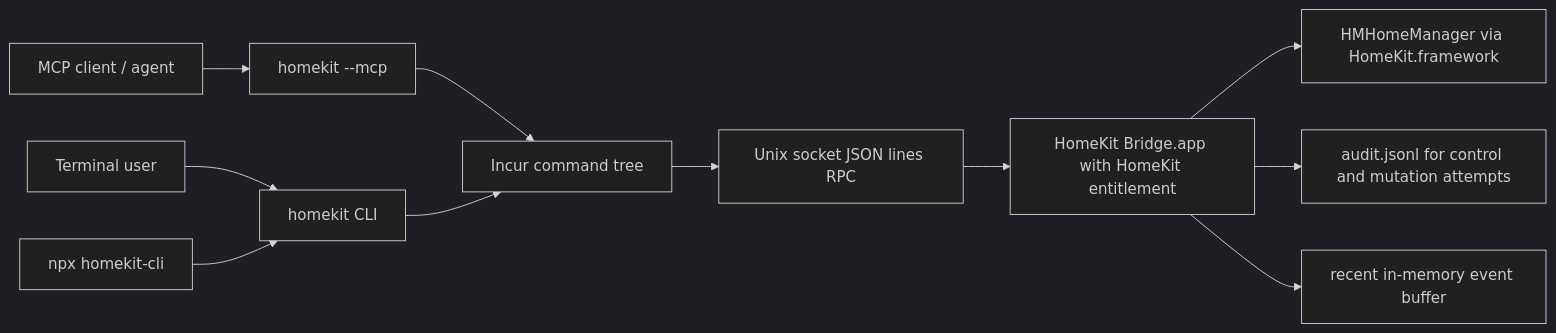
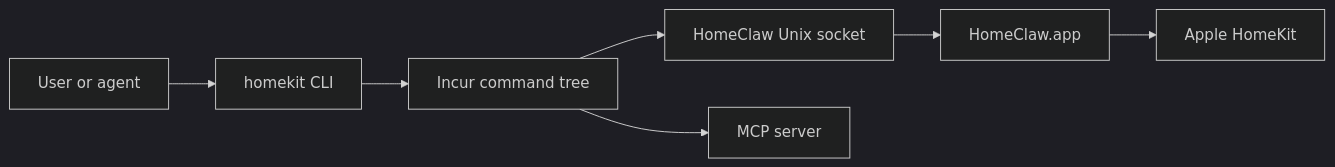
The diagram in README.md (l3wi/homekit-cli), drawn with Mermaid (dark theme) before and after one commit. The commit also changed other lines of this file and 77 other files, not shown here.

Commit message:
chore: switch to HomeClaw-backed CLI package

````diff
--- a/README.md
+++ b/README.md
@@ -27,13 +17,9 @@
 ```mermaid
 flowchart LR
-  Agent["MCP client / agent"] --> MCP["homekit --mcp"]
-  Human["Terminal user"] --> CLI["homekit CLI"]
-  NPX["npx homekit-cli"] --> CLI
-  MCP --> Commands["Incur command tree"]
-  CLI --> Commands
-  Commands --> Socket["Unix socket JSON lines RPC"]
-  Socket --> Bridge["HomeKit Bridge.app with HomeKit entitlement"]
-  Bridge --> HM["HMHomeManager via HomeKit.framework"]
-  Bridge --> Audit["audit.jsonl for control and mutation attempts"]
-  Bridge --> Events["recent in-memory event buffer"]
+  User["User or agent"] --> CLI["homekit CLI"]
+  CLI --> Commands["Incur command tree"]
+  Commands --> Socket["HomeClaw Unix socket"]
+  Socket --> HomeClaw["HomeClaw.app"]
+  HomeClaw --> HomeKit["Apple HomeKit"]
+  Commands --> MCP["MCP server"]
 ```
````
